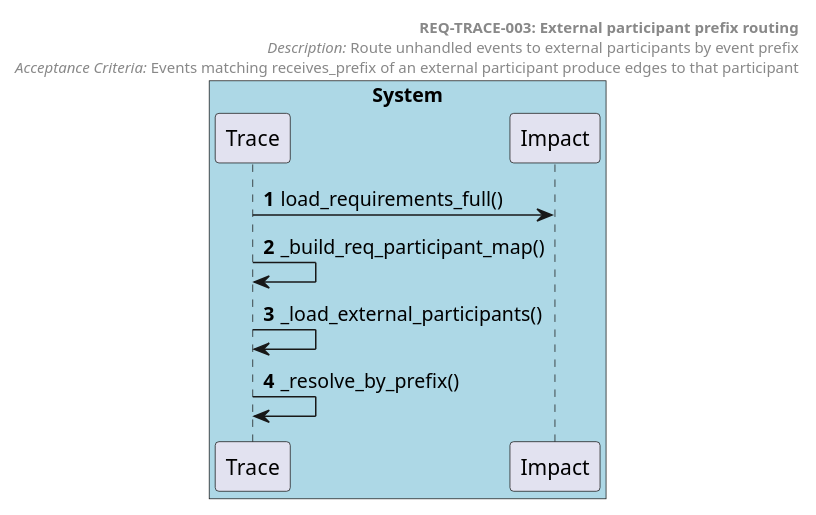
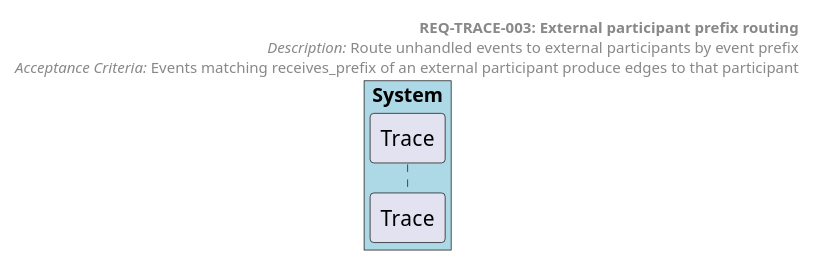
Before and after one commit to tvanfossen/doxygen-guard: the diagram in docs/generated/sequences/REQ-TRACE-003.puml, drawn with PlantUML. The commit also changed 35 other files, not shown here.

First line of the commit message:
Add tree-sitter AST pipeline for behavioral sequence diagrams

```diff
--- a/docs/generated/sequences/REQ-TRACE-003.puml
+++ b/docs/generated/sequences/REQ-TRACE-003.puml
@@ -1,21 +1,15 @@
 @startuml REQ-TRACE-003 External participant prefix routing
 autonumber
 
 box "System" #LightBlue
   participant "Trace" as Trace
-  participant "Impact" as Impact
 end box
 
 header
   **REQ-TRACE-003: External participant prefix routing**
   //Description:// Route unhandled events to external participants by event prefix
   //Acceptance Criteria:// Events matching receives_prefix of an external participant produce edges to that participant
 end header
 
 
-Trace -> Impact: load_requirements_full()
-Trace -> Trace: _build_req_participant_map()
-Trace -> Trace: _load_external_participants()
-Trace -> Trace: _resolve_by_prefix()
-
 @enduml
```
